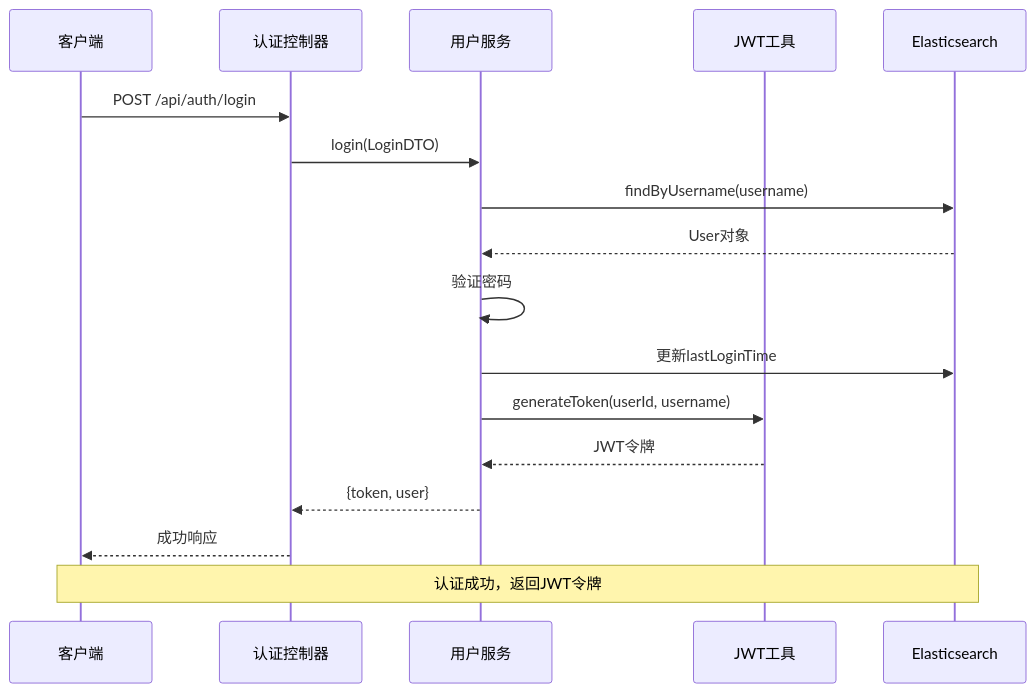
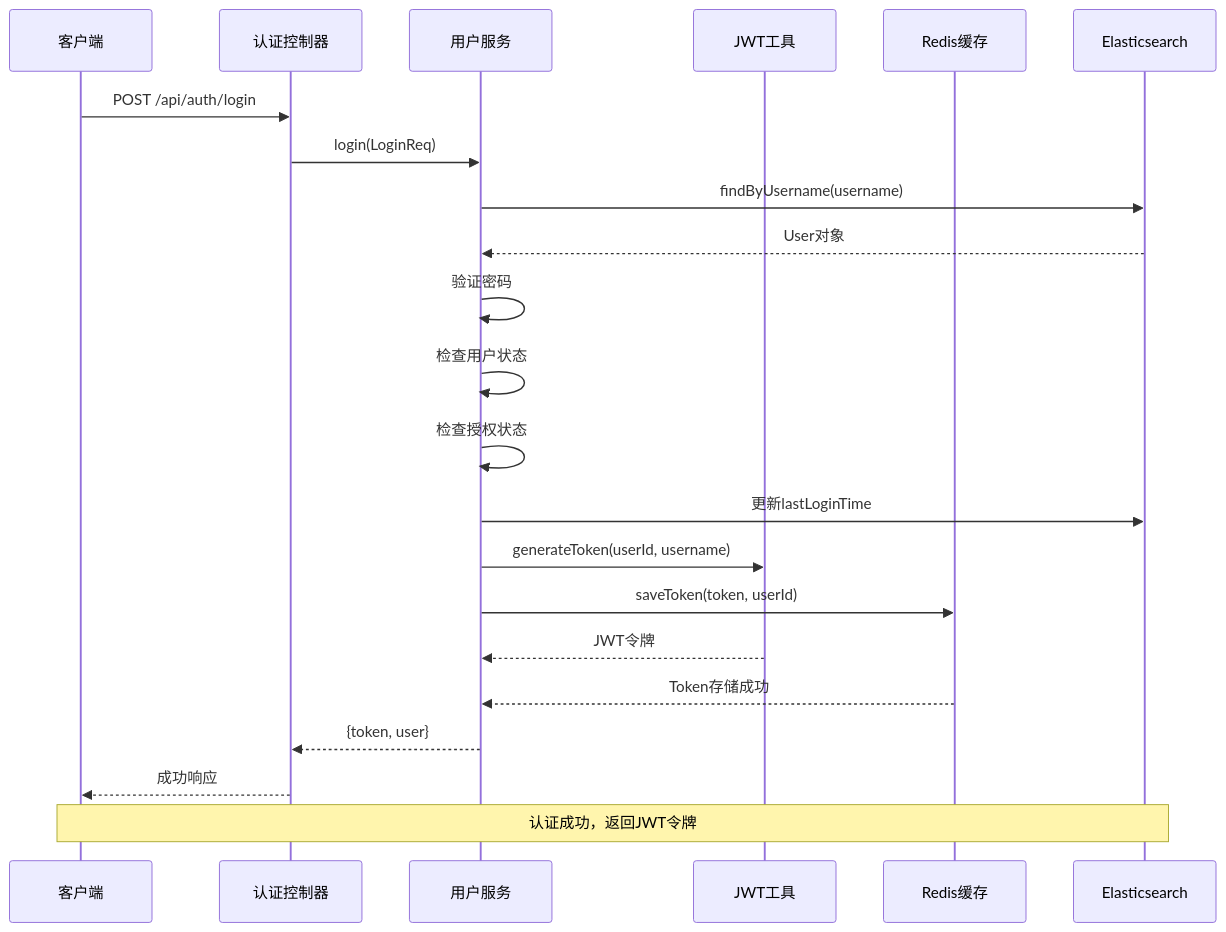
One commit to 20164206160/zhishilu changed the third of 19 diagrams in .qoder/repowiki/zh/content/用户管理系统/用户管理系统.md. Above: the diagram before and after it, drawn with Mermaid. The commit also changed other lines of this file and 11 other files, not shown here.

````diff
--- a/.qoder/repowiki/zh/content/用户管理系统/用户管理系统.md
+++ b/.qoder/repowiki/zh/content/用户管理系统/用户管理系统.md
@@ -172,19 +199,24 @@
 ```mermaid
 sequenceDiagram
 participant Client as 客户端
 participant AuthCtrl as 认证控制器
 participant UserService as 用户服务
 participant JWT as JWT工具
+participant Redis as Redis缓存
 participant ES as Elasticsearch
 Client->>AuthCtrl : POST /api/auth/login
-AuthCtrl->>UserService : login(LoginDTO)
+AuthCtrl->>UserService : login(LoginReq)
 UserService->>ES : findByUsername(username)
 ES-->>UserService : User对象
 UserService->>UserService : 验证密码
+UserService->>UserService : 检查用户状态
+UserService->>UserService : 检查授权状态
 UserService->>ES : 更新lastLoginTime
 UserService->>JWT : generateToken(userId, username)
+UserService->>Redis : saveToken(token, userId)
 JWT-->>UserService : JWT令牌
+Redis-->>UserService : Token存储成功
 UserService-->>AuthCtrl : {token, user}
 AuthCtrl-->>Client : 成功响应
 Note over Client,ES : 认证成功，返回JWT令牌
 ```
````
